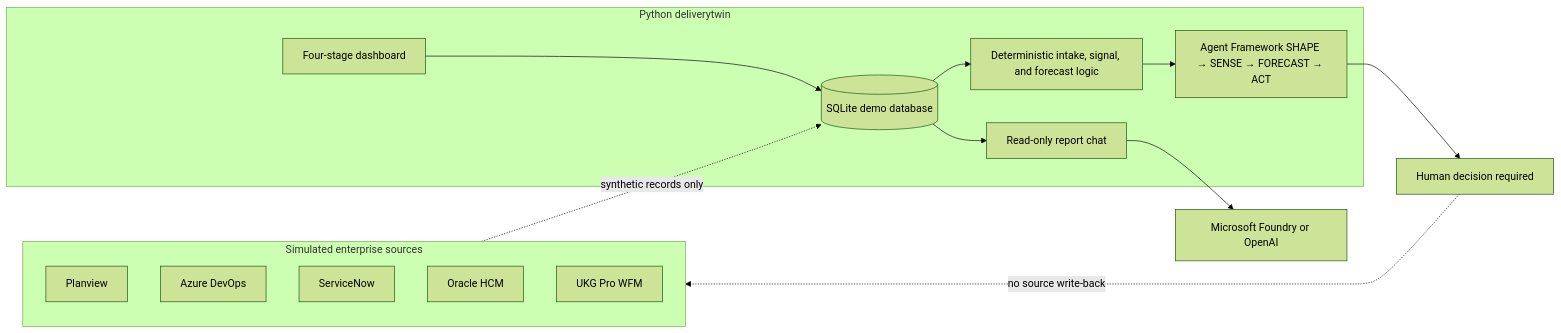
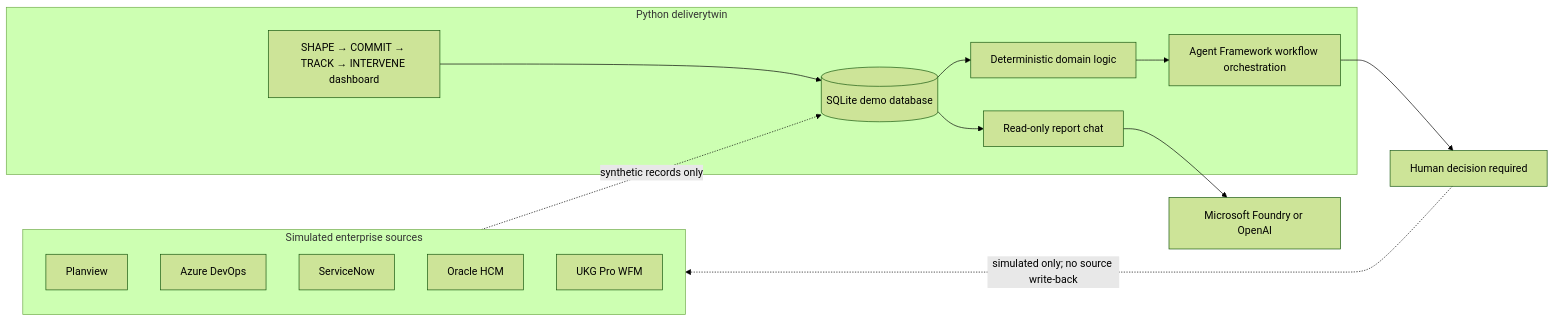
Before and after one commit to mskpairprogrammer/deliverytwin: the diagram in README.md, drawn with Mermaid (forest theme). The commit also changed other lines of this file and 74 other files, not shown here.

First line of the commit message:
Add portfolio data layer, 50-project dataset, security guards, and UX flow improvements

````diff
--- a/README.md
+++ b/README.md
@@ -131,24 +132,24 @@
 ```mermaid
 flowchart LR
     subgraph Sources["Simulated enterprise sources"]
         PV[Planview]
         ADO[Azure DevOps]
         SN[ServiceNow]
         HCM[Oracle HCM]
         UKG[UKG Pro WFM]
     end
     subgraph App["Python deliverytwin"]
-        UI[Four-stage dashboard]
+        UI[SHAPE → COMMIT → TRACK → INTERVENE dashboard]
         DB[(SQLite demo database)]
-        WF[Agent Framework SHAPE → SENSE → FORECAST → ACT]
-        RULES[Deterministic intake, signal, and forecast logic]
+        WF[Agent Framework workflow orchestration]
+        RULES[Deterministic domain logic]
         CHAT[Read-only report chat]
         UI --> DB
         DB --> RULES --> WF
         DB --> CHAT
     end
     Sources -. synthetic records only .-> DB
     CHAT --> MODEL[Microsoft Foundry or OpenAI]
     WF --> HUMAN[Human decision required]
-    HUMAN -. no source write-back .-> Sources
+    HUMAN -. simulated only; no source write-back .-> Sources
 ```
````
